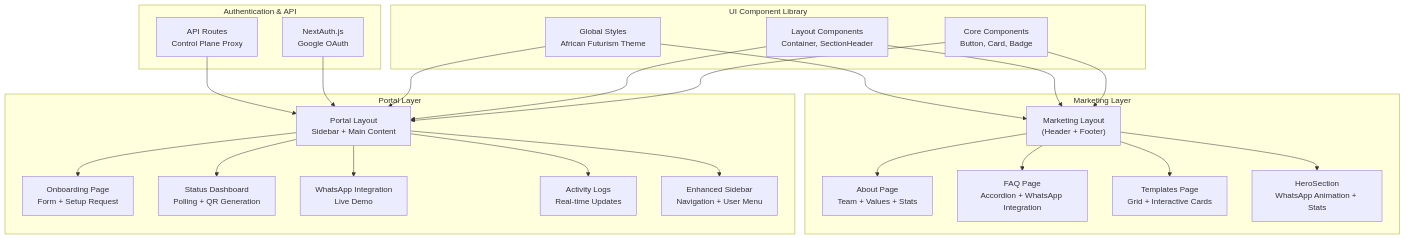
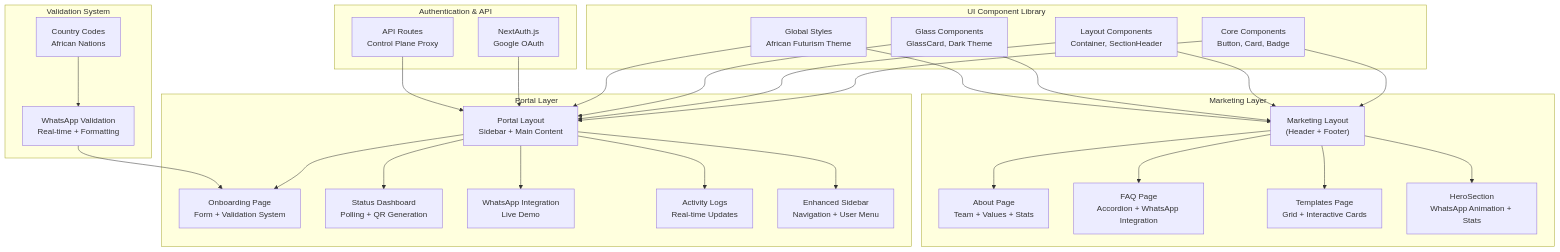
One commit to askchiwa-spec/FLOW-HQ-BOT changed the first of 3 diagrams in .qoder/repowiki/en/content/Frontend Application/Frontend Application.md. Above: the diagram before and after it, drawn with Mermaid. The commit also changed other lines of this file and 69 other files, not shown here.

````diff
--- a/.qoder/repowiki/en/content/Frontend Application/Frontend Application.md
+++ b/.qoder/repowiki/en/content/Frontend Application/Frontend Application.md
@@ -68,44 +71,53 @@
 ```mermaid
 graph TB
 subgraph "Marketing Layer"
 ML["Marketing Layout<br/>(Header + Footer)"]
 MAbout["About Page<br/>Team + Values + Stats"]
 MFAQ["FAQ Page<br/>Accordion + WhatsApp Integration"]
 MTemplates["Templates Page<br/>Grid + Interactive Cards"]
 MH["HeroSection<br/>WhatsApp Animation + Stats"]
 end
 subgraph "Portal Layer"
 PL["Portal Layout<br/>Sidebar + Main Content"]
-POnboard["Onboarding Page<br/>Form + Setup Request"]
+POnboard["Onboarding Page<br/>Form + Validation System"]
 PStatus["Status Dashboard<br/>Polling + QR Generation"]
 PWhatsApp["WhatsApp Integration<br/>Live Demo"]
 PLogs["Activity Logs<br/>Real-time Updates"]
 PSidebar["Enhanced Sidebar<br/>Navigation + User Menu"]
 end
 subgraph "UI Component Library"
 UICore["Core Components<br/>Button, Card, Badge"]
 UILayout["Layout Components<br/>Container, SectionHeader"]
+UIGlass["Glass Components<br/>GlassCard, Dark Theme"]
 UIGlobal["Global Styles<br/>African Futurism Theme"]
+end
+subgraph "Validation System"
+Valid["WhatsApp Validation<br/>Real-time + Formatting"]
+Countries["Country Codes<br/>African Nations"]
 end
 subgraph "Authentication & API"
 Auth["NextAuth.js<br/>Google OAuth"]
 API["API Routes<br/>Control Plane Proxy"]
 end
 ML --> MAbout
 ML --> MFAQ
 ML --> MTemplates
 ML --> MH
 PL --> POnboard
 PL --> PStatus
 PL --> PWhatsApp
 PL --> PLogs
 PL --> PSidebar
 UICore --> ML
 UICore --> PL
 UILayout --> ML
 UILayout --> PL
+UIGlass --> ML
+UIGlass --> PL
 UIGlobal --> ML
 UIGlobal --> PL
+Valid --> POnboard
+Countries --> Valid
 Auth --> PL
 API --> PL
 ```
````
